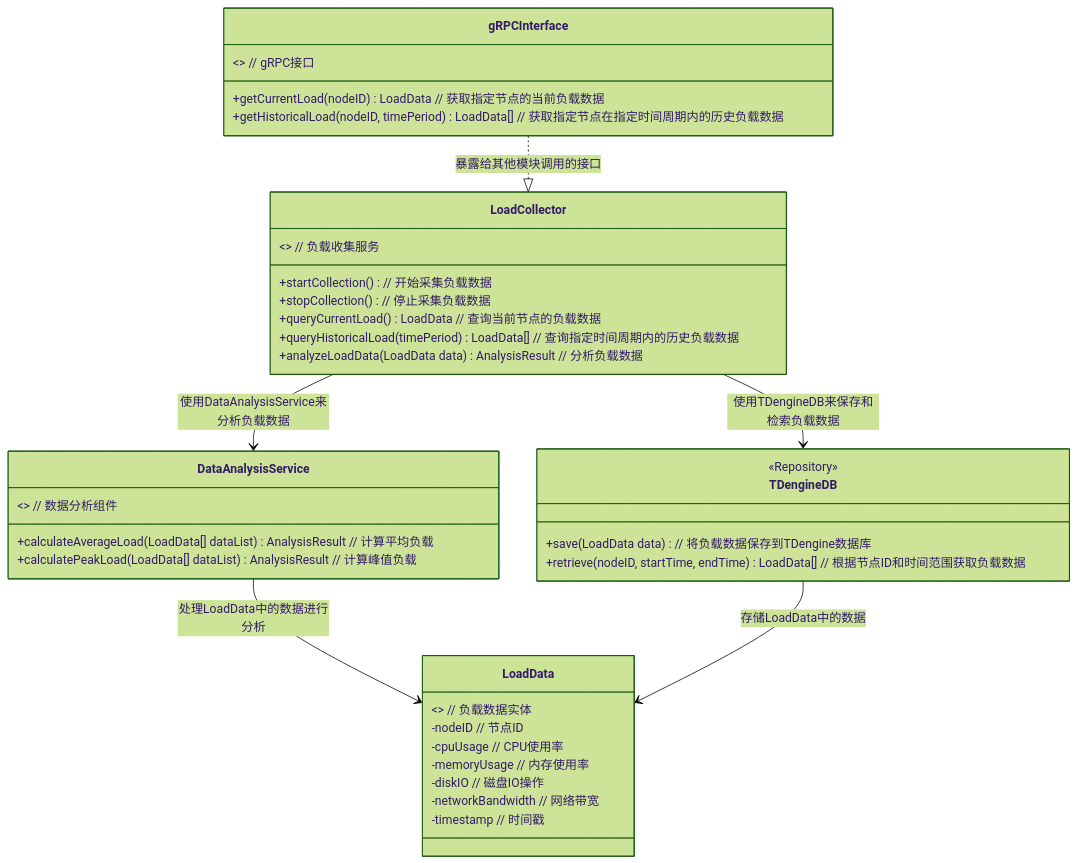
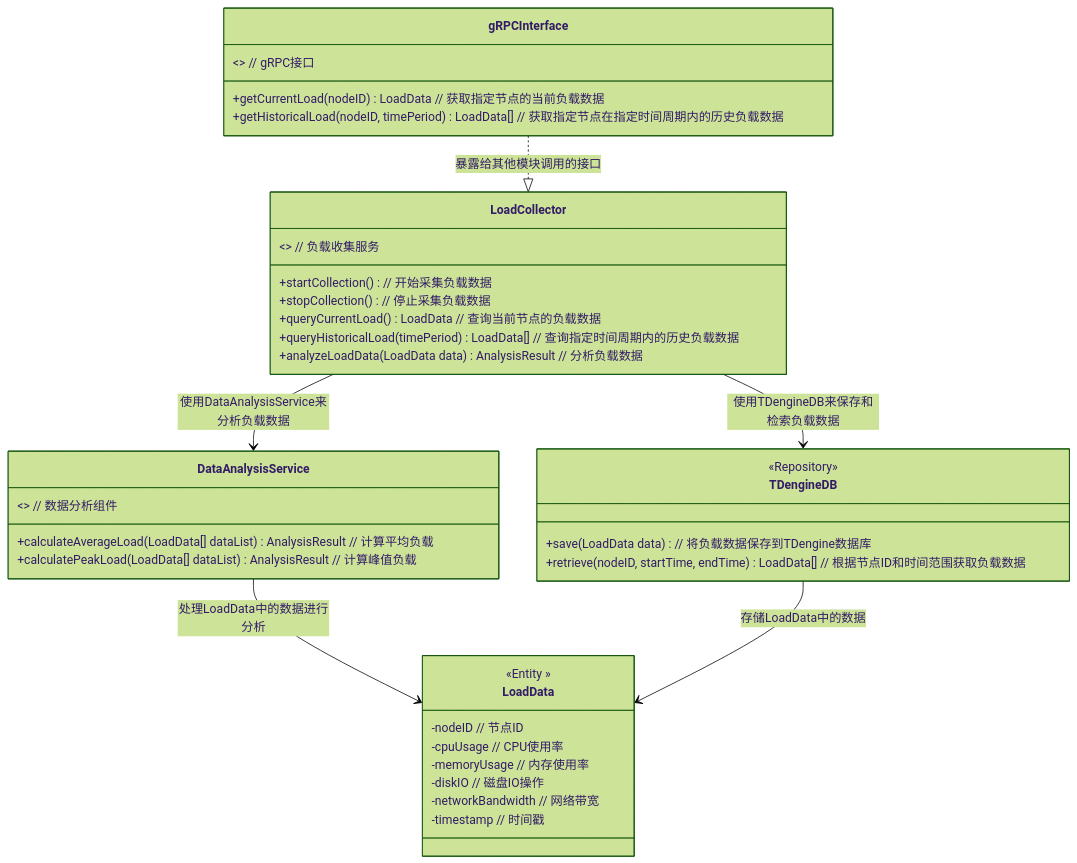
The diagram in all/未命名.md (jjj960/iodraw-files), drawn with Mermaid (forest theme) before and after one commit.

Commit message:
2025-03-06 16:59:22 update

````diff
--- a/all/未命名.md
+++ b/all/未命名.md
@@ -1,46 +1,46 @@
 ```mermaid
 classDiagram
     class LoadCollector {
         <<Service>>  // 负载收集服务
         +startCollection()  // 开始采集负载数据
         +stopCollection()  // 停止采集负载数据
         +queryCurrentLoad() LoadData  // 查询当前节点的负载数据
         +queryHistoricalLoad(timePeriod) LoadData[]  // 查询指定时间周期内的历史负载数据
         +analyzeLoadData(LoadData data) AnalysisResult  // 分析负载数据
     }
 
     class LoadData {
-        <<Entity>>  // 负载数据实体
+        <<Entity >> 
         -nodeID  // 节点ID
         -cpuUsage  // CPU使用率
         -memoryUsage  // 内存使用率
         -diskIO  // 磁盘IO操作
         -networkBandwidth  // 网络带宽
         -timestamp  // 时间戳
     }
 
     class TDengineDB {
         <<Repository>>
         +save(LoadData data)  // 将负载数据保存到TDengine数据库
         +retrieve(nodeID, startTime, endTime) LoadData[]  // 根据节点ID和时间范围获取负载数据
     }
 
     class DataAnalysisService {
         <<Component>>  // 数据分析组件
         +calculateAverageLoad(LoadData[] dataList) AnalysisResult  // 计算平均负载
         +calculatePeakLoad(LoadData[] dataList) AnalysisResult  // 计算峰值负载
     }
 
     LoadCollector --> TDengineDB : 使用TDengineDB来保存和检索负载数据
     LoadCollector --> DataAnalysisService : 使用DataAnalysisService来分析负载数据
     DataAnalysisService --> LoadData : 处理LoadData中的数据进行分析
     TDengineDB --> LoadData : 存储LoadData中的数据
 
     class gRPCInterface {
         <<Interface>>  // gRPC接口
         +getCurrentLoad(nodeID) LoadData  // 获取指定节点的当前负载数据
         +getHistoricalLoad(nodeID, timePeriod) LoadData[]  // 获取指定节点在指定时间周期内的历史负载数据
     }
 
     gRPCInterface ..|> LoadCollector : 暴露给其他模块调用的接口
 ```
````
